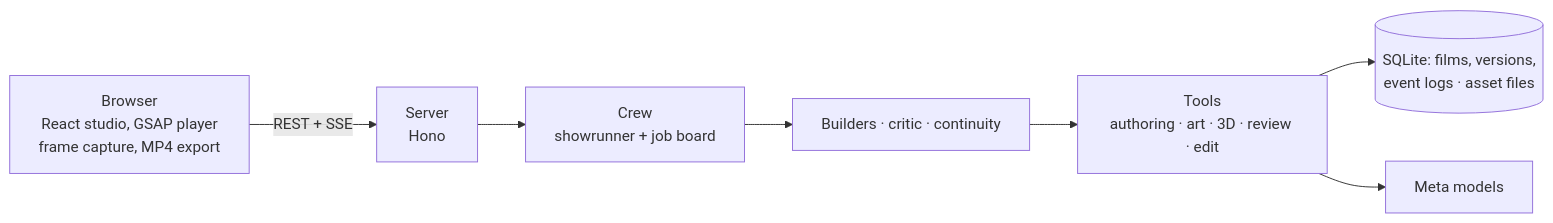
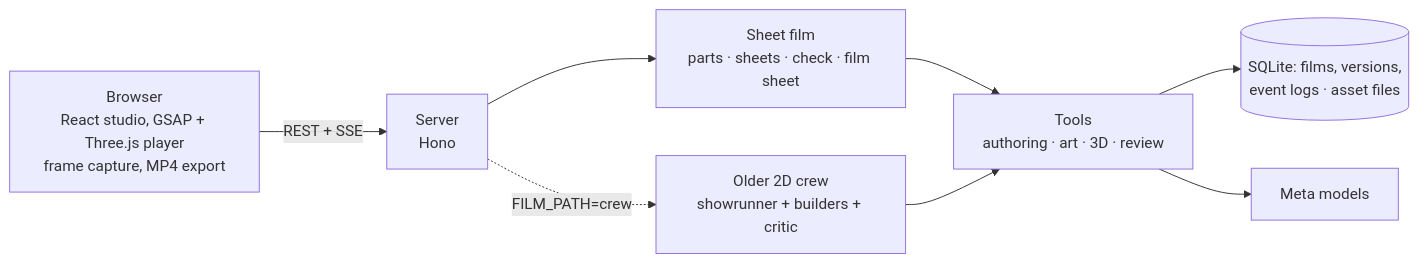
The second of 2 diagrams in README.md (khanzzirfan/pixitween-director), drawn with Mermaid before and after one commit. The commit also changed other lines of this file and 29 other files, not shown here.

````diff
--- a/README.md
+++ b/README.md
@@ -263,9 +309,10 @@
 ```mermaid
 flowchart LR
-  Browser["Browser<br/>React studio, GSAP player<br/>frame capture, MP4 export"] -- "REST + SSE" --> API["Server<br/>Hono"]
-  API --> Crew["Crew<br/>showrunner + job board"]
-  Crew --> Workers["Builders · critic · continuity"]
-  Workers --> Tools["Tools<br/>authoring · art · 3D · review · edit"]
+  Browser["Browser<br/>React studio, GSAP + Three.js player<br/>frame capture, MP4 export"] -- "REST + SSE" --> API["Server<br/>Hono"]
+  API --> Film["Sheet film<br/>parts · sheets · check · film sheet"]
+  API -. "FILM_PATH=crew" .-> Crew["Older 2D crew<br/>showrunner + builders + critic"]
+  Film --> Tools["Tools<br/>authoring · art · 3D · review"]
+  Crew --> Tools
   Tools --> Store[("SQLite: films, versions,<br/>event logs · asset files")]
   Tools --> Meta["Meta models"]
 ```
````
